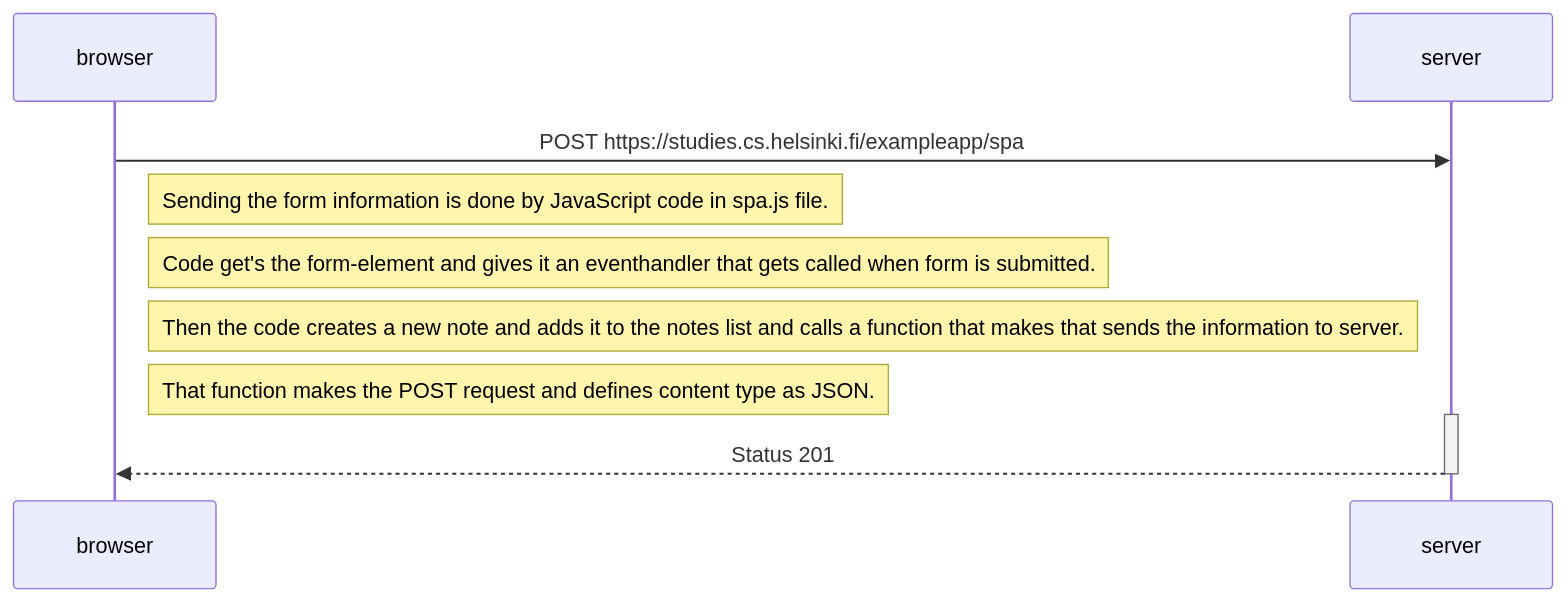
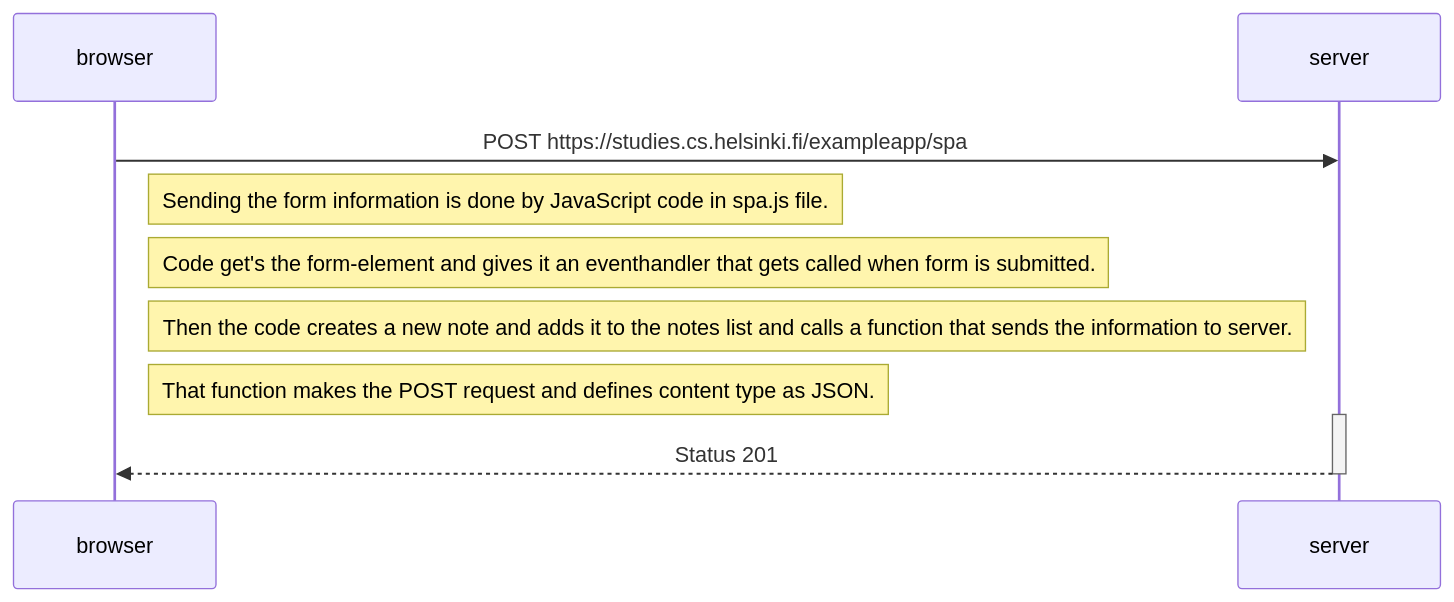
Before and after one commit to tkartasl/full_stack_open: the diagram in osa0/0.6_single_page_app_new_note.md, drawn with Mermaid.

````diff
--- a/osa0/0.6_single_page_app_new_note.md
+++ b/osa0/0.6_single_page_app_new_note.md
@@ -1,15 +1,15 @@
 ```mermaid
 sequenceDiagram
   participant browser
   participant server
 
   browser->>server: POST https://studies.cs.helsinki.fi/exampleapp/spa
   Note right of browser: Sending the form information is done by JavaScript code in spa.js file.
   Note right of browser: Code get's the form-element and gives it an eventhandler that gets called when form is submitted.
-Note right of browser: Then the code creates a new note and adds it to the notes list and calls a function that makes that sends the information to server.
-Note right of browser: That function makes the POST request and defines content type as JSON.
+  Note right of browser: Then the code creates a new note and adds it to the notes list and calls a function that sends the information to server.
+  Note right of browser: That function makes the POST request and defines content type as JSON.
 
   activate server
   server-->>browser: Status 201
   deactivate server
   ```
````
